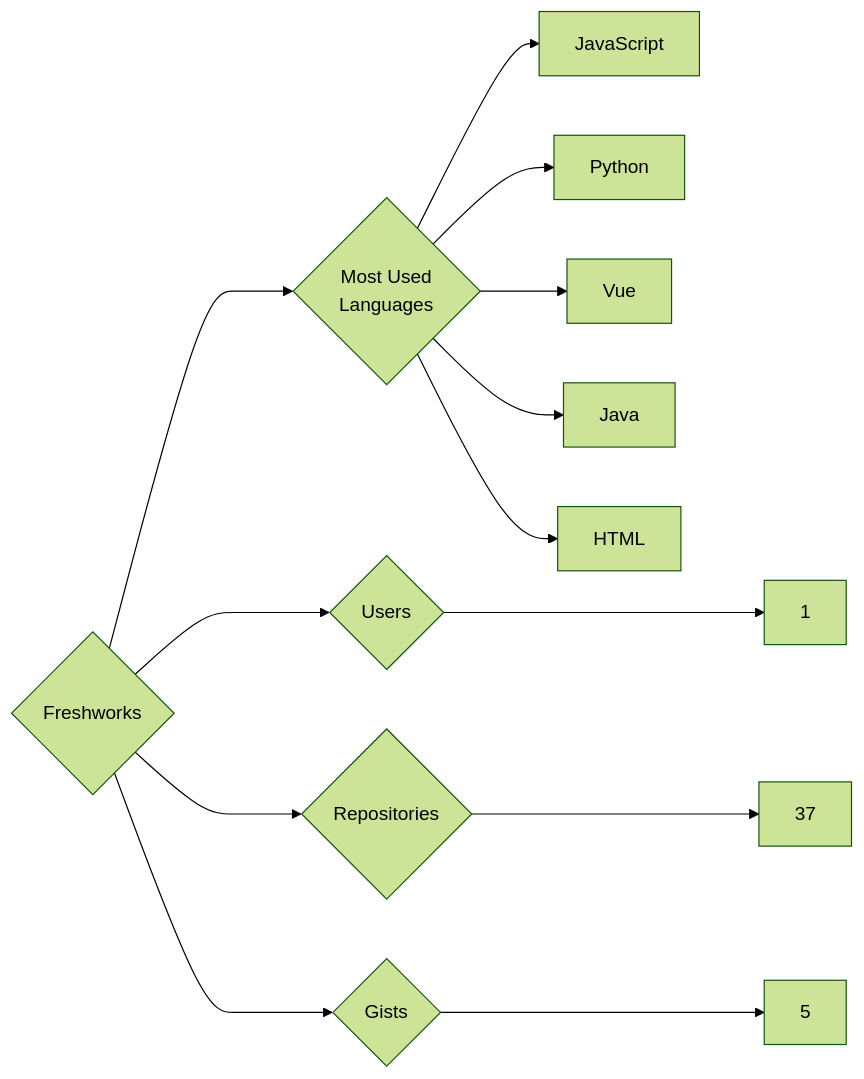
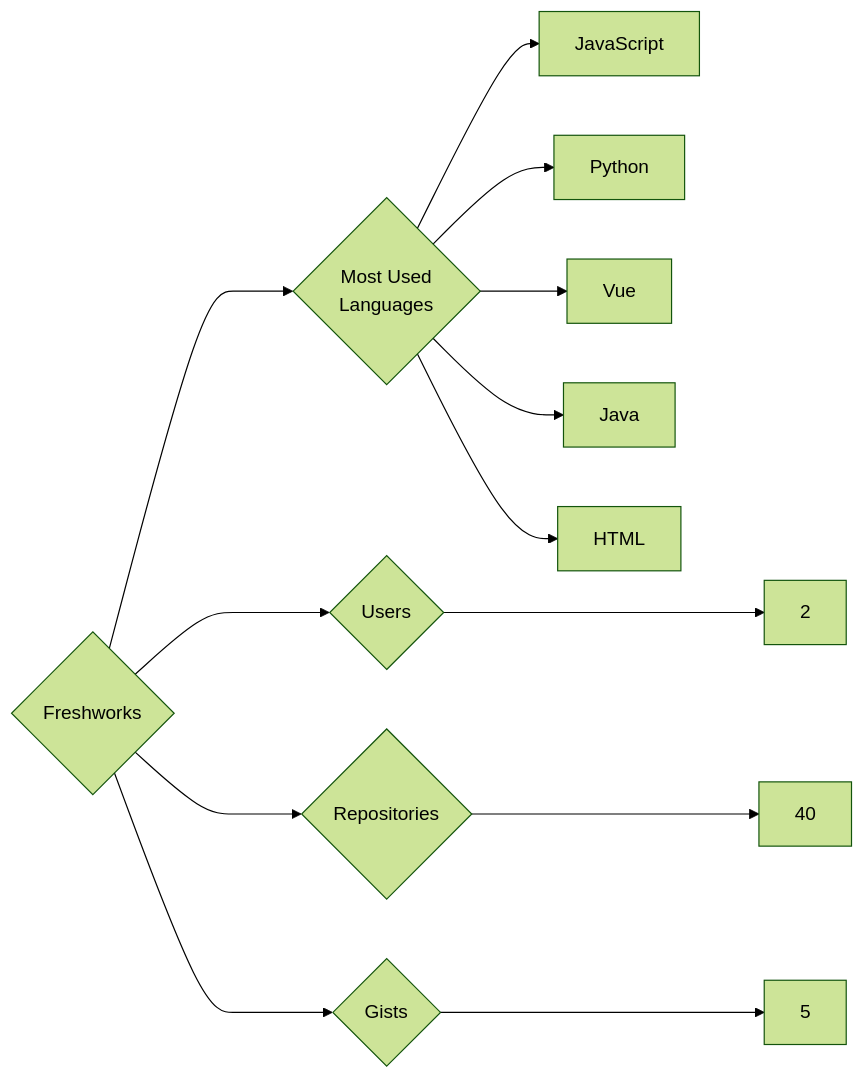
One commit to trickest/insiders changed the diagram in targets/Freshworks/README.md. Above: the diagram before and after it, drawn with Mermaid (forest theme). The commit also changed 985 other files, not shown here.

````diff
--- a/targets/Freshworks/README.md
+++ b/targets/Freshworks/README.md
@@ -3,13 +3,13 @@
 ```mermaid
 graph LR
 COMPANY_NAME{Freshworks}
-COMPANY_NAME ---> U{Users} ---> UN[1]
-COMPANY_NAME ---> R{Repositories} ---> RN[37]
+COMPANY_NAME ---> U{Users} ---> UN[2]
+COMPANY_NAME ---> R{Repositories} ---> RN[40]
 COMPANY_NAME ---> G{Gists} ---> GN[5]
 COMPANY_NAME ---> ML{Most Used<br>Languages}
 ML --> JavaScript[JavaScript]
 ML --> Python[Python]
 ML --> Vue[Vue]
 ML --> Java[Java]
 ML --> HTML[HTML]
 ```
````
